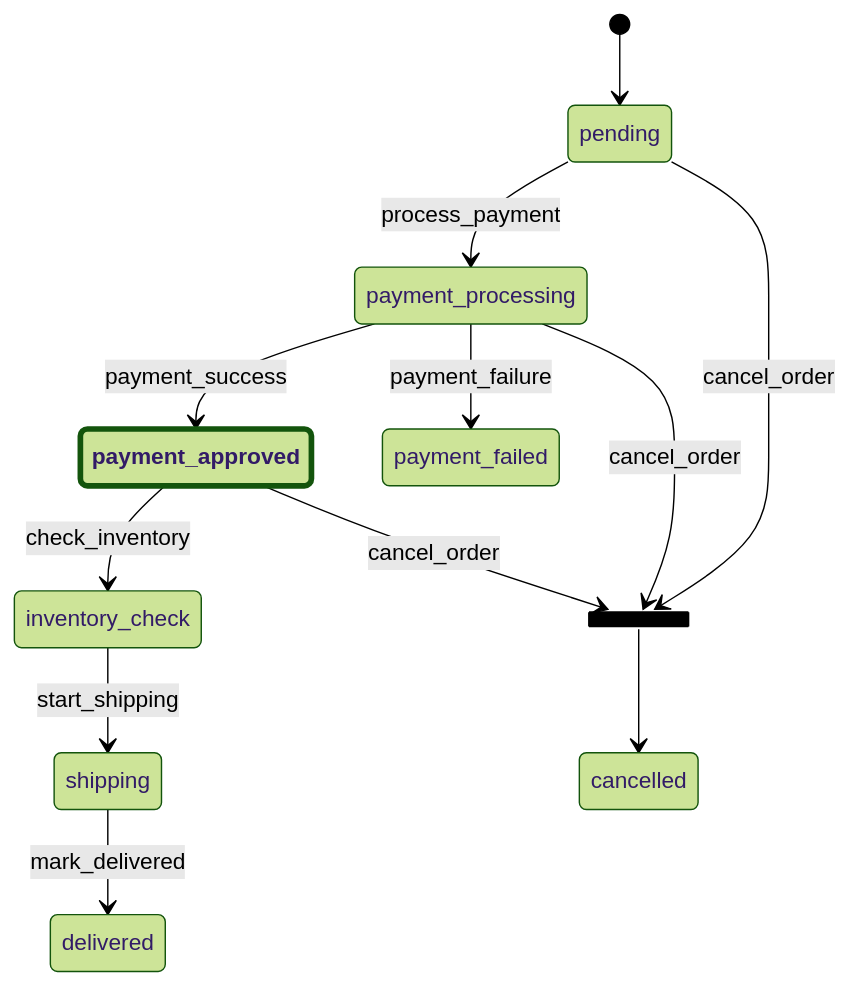
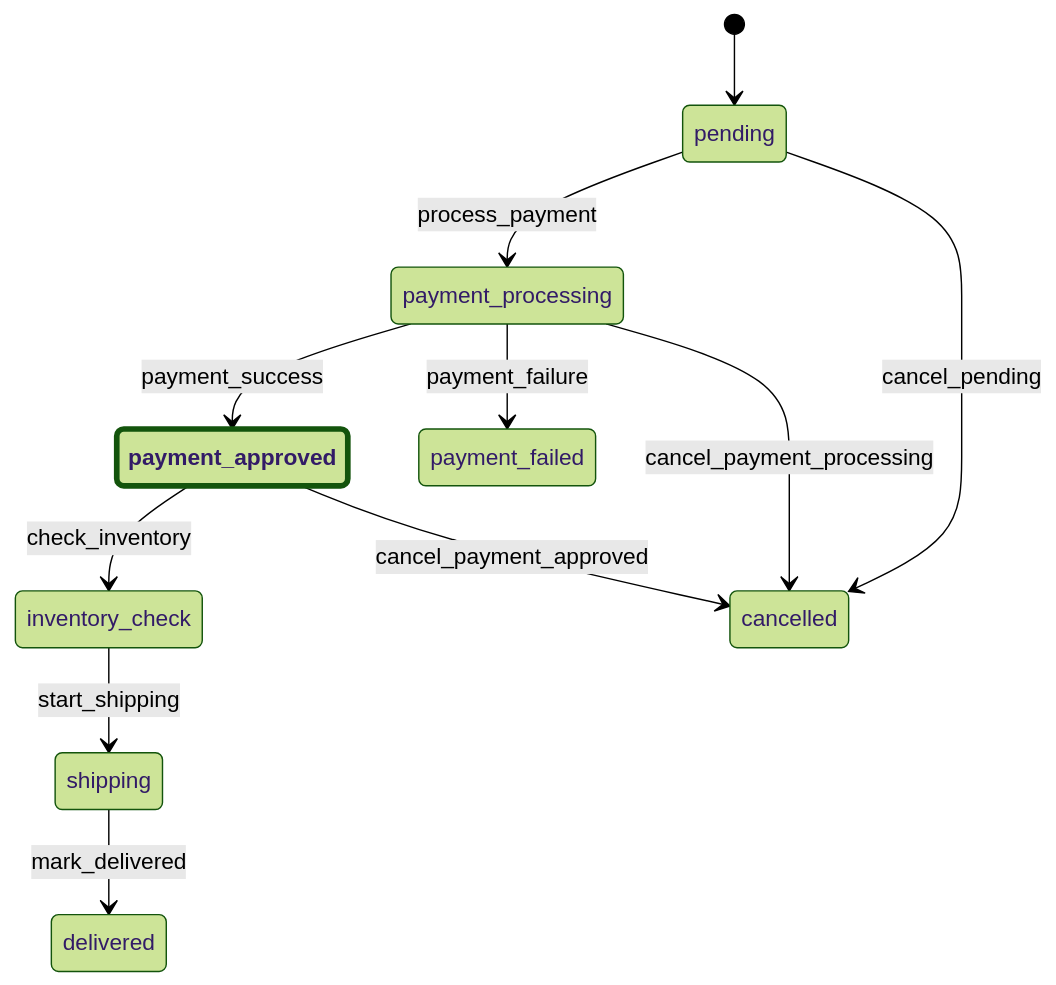
The third of 3 diagrams in _posts/2025-06-18-go-workflow-engine.md (ehabterra/ehabterra.github.io), drawn with Mermaid (forest theme) before and after one commit. The commit also changed other lines of this file, not shown here.

````diff
--- a/_posts/2025-06-18-go-workflow-engine.md
+++ b/_posts/2025-06-18-go-workflow-engine.md
@@ -254,29 +257,27 @@
 ```mermaid
 stateDiagram-v2
     classDef currentPlace font-weight:bold,stroke-width:4px
     pending
     payment_processing
     payment_approved
     payment_failed
     inventory_check
     shipping
     delivered
     cancelled
     pending --> payment_processing : process_payment
     payment_processing --> payment_approved : payment_success
     payment_processing --> payment_failed : payment_failure
     payment_approved --> inventory_check : check_inventory
     inventory_check --> shipping : start_shipping
     shipping --> delivered : mark_delivered
-    state cancel_order_join <<join>>
-    pending --> cancel_order_join : cancel_order
-    payment_processing --> cancel_order_join : cancel_order
-    payment_approved --> cancel_order_join : cancel_order
-    cancel_order_join --> cancelled
+    pending --> cancelled : cancel_pending
+    payment_processing --> cancelled : cancel_payment_processing
+    payment_approved --> cancelled : cancel_payment_approved
 
     %% Current places
     class payment_approved currentPlace
 
     %% Initial place
     [*] --> pending
 ```
````
